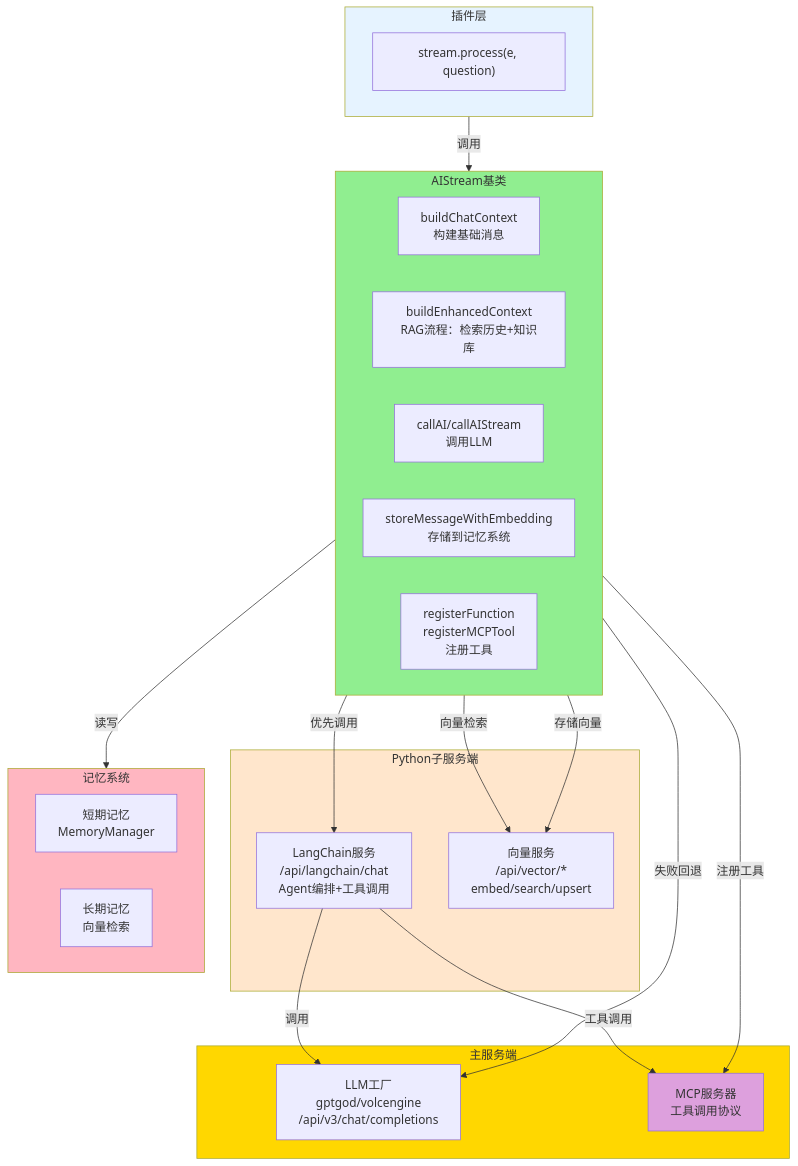
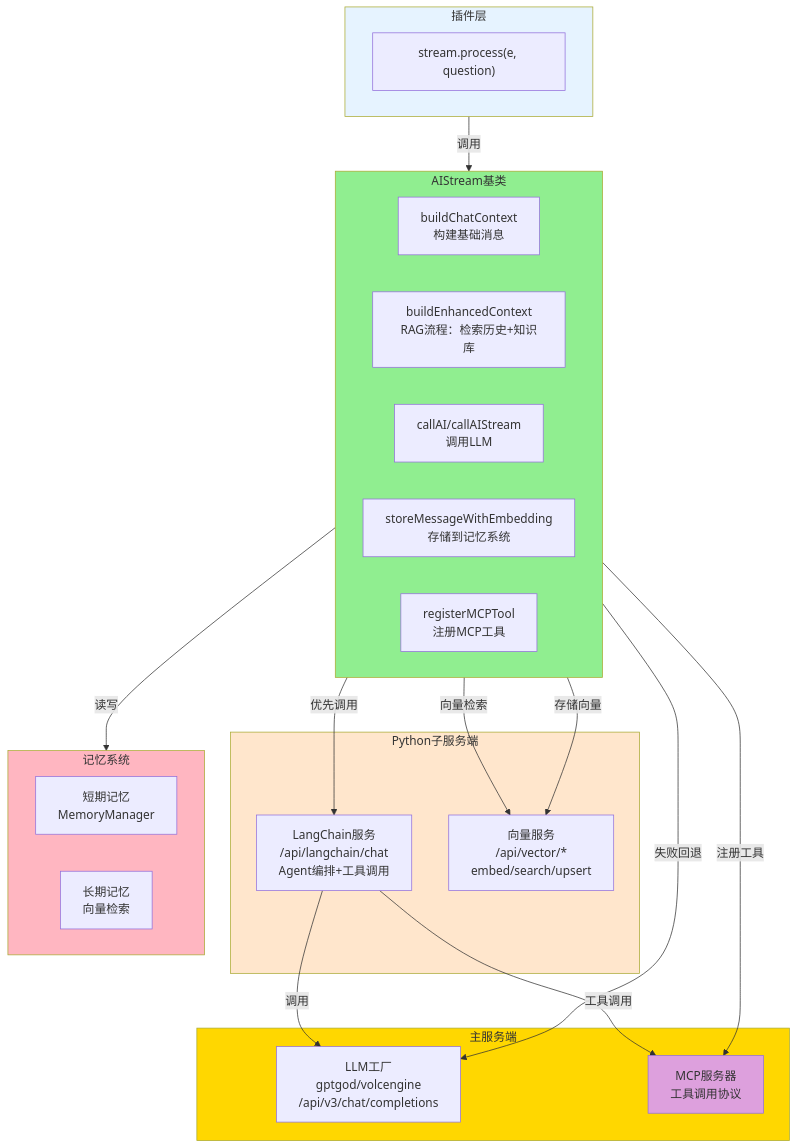
The first of 5 diagrams in docs/aistream.md (sunflowermm/XRK-AGT), drawn with Mermaid before and after one commit. The commit also changed other lines of this file and 23 other files, not shown here.

````diff
--- a/docs/aistream.md
+++ b/docs/aistream.md
@@ -26,46 +26,46 @@
 ```mermaid
 flowchart TB
     subgraph Plugin["插件层"]
         Call["stream.process(e, question)"]
     end
     
     subgraph AIStream["AIStream基类"]
         BuildCtx["buildChatContext<br/>构建基础消息"]
         Enhance["buildEnhancedContext<br/>RAG流程：检索历史+知识库"]
         CallAI["callAI/callAIStream<br/>调用LLM"]
         Store["storeMessageWithEmbedding<br/>存储到记忆系统"]
-        Register["registerFunction<br/>registerMCPTool<br/>注册工具"]
+        Register["registerMCPTool<br/>注册MCP工具"]
     end
     
     subgraph Subserver["Python子服务端"]
         LangChain["LangChain服务<br/>/api/langchain/chat<br/>Agent编排+工具调用"]
         VectorAPI["向量服务<br/>/api/vector/*<br/>embed/search/upsert"]
     end
     
     subgraph MainServer["主服务端"]
         LLMFactory["LLM工厂<br/>gptgod/volcengine<br/>/api/v3/chat/completions"]
         MCP["MCP服务器<br/>工具调用协议"]
     end
     
     subgraph Memory["记忆系统"]
         ShortTerm["短期记忆<br/>MemoryManager"]
         LongTerm["长期记忆<br/>向量检索"]
     end
     
     Plugin -->|调用| AIStream
     AIStream -->|优先调用| LangChain
     LangChain -->|调用| LLMFactory
     LangChain -->|工具调用| MCP
     AIStream -->|失败回退| LLMFactory
     AIStream -->|向量检索| VectorAPI
     AIStream -->|存储向量| VectorAPI
     AIStream -->|注册工具| MCP
     AIStream -->|读写| Memory
     
     style Plugin fill:#E6F3FF
     style AIStream fill:#90EE90
     style Subserver fill:#FFE6CC
     style MainServer fill:#FFD700
     style Memory fill:#FFB6C1
     style MCP fill:#DDA0DD
 ```
````
